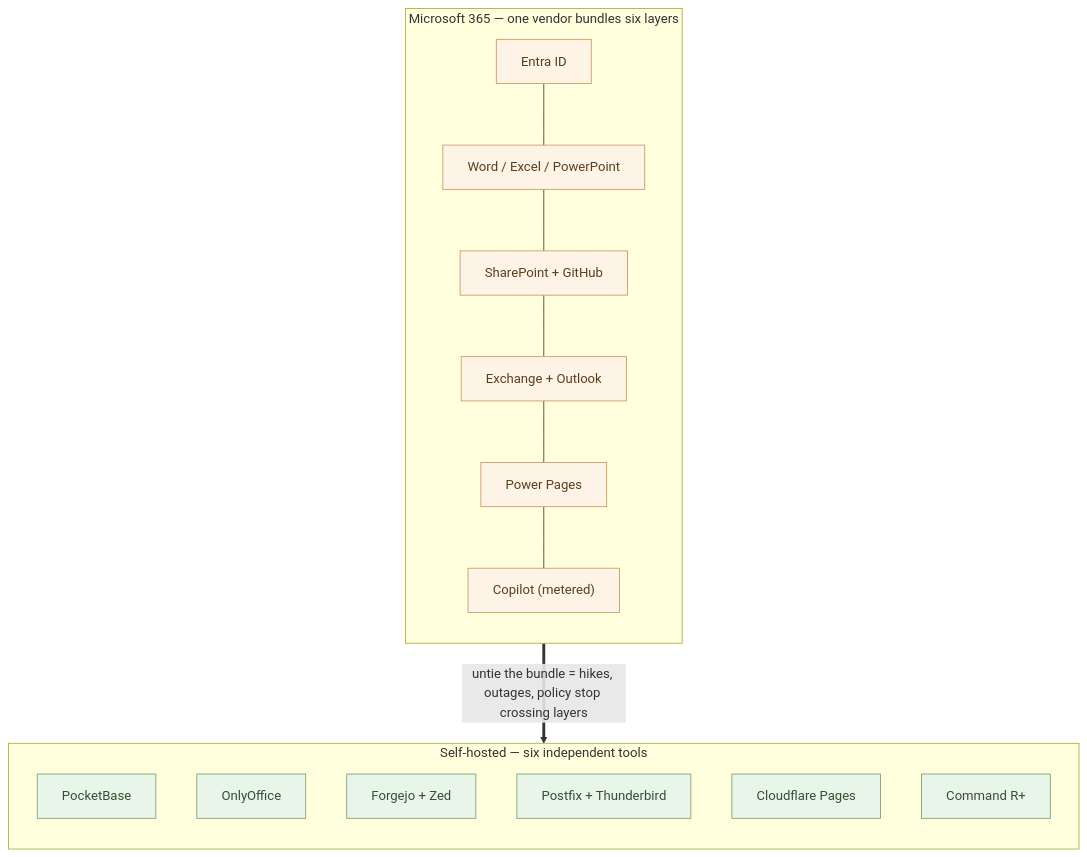
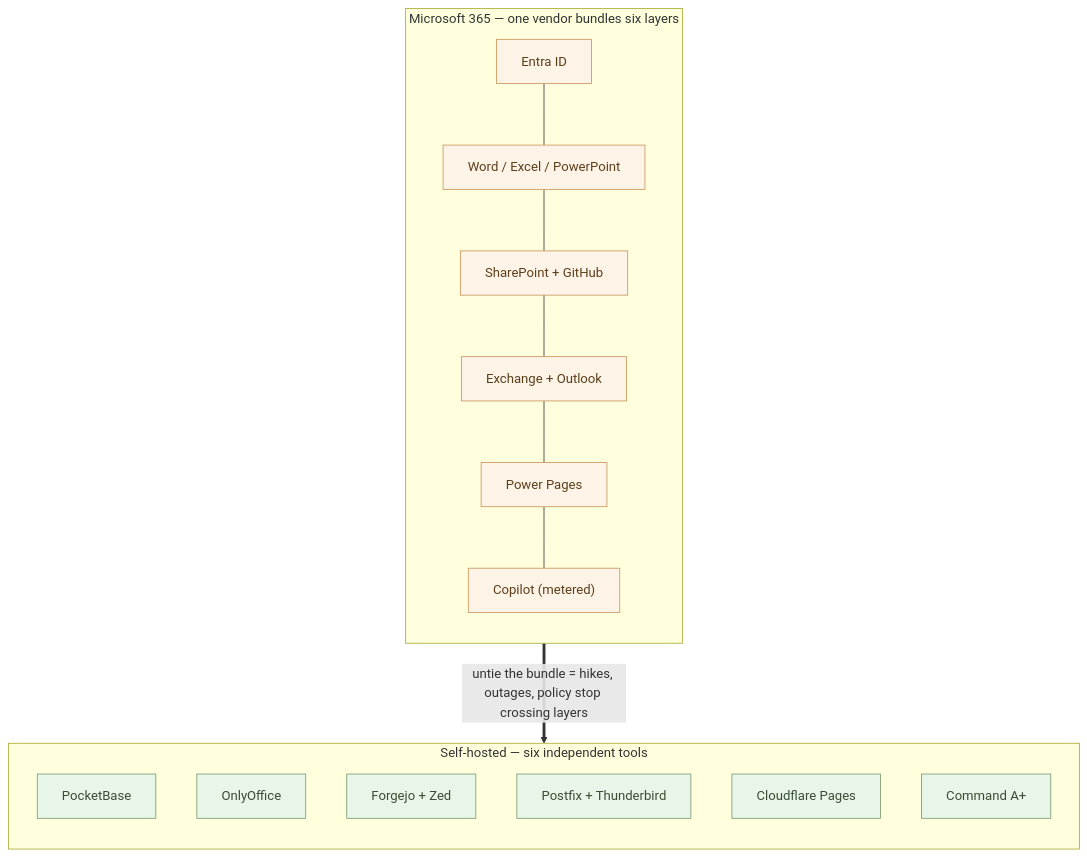
Before and after one commit to aiseed-dev/website: the first of 2 diagrams in articles/ai-native-ways/14-microsoft-365/en.md, drawn with Mermaid. The commit also changed other lines of this file and 1 other file, not shown here.

First line of the commit message:
ai-native-ways 第14章: AI層を Command A+(Apache 2.0)に更新

````diff
--- a/articles/ai-native-ways/14-microsoft-365/en.md
+++ b/articles/ai-native-ways/14-microsoft-365/en.md
@@ -70,30 +70,30 @@
 ```mermaid
 flowchart TB
   subgraph Bundle["Microsoft 365 — one vendor bundles six layers"]
     direction TB
     E1["Entra ID"]
     O1["Word / Excel / PowerPoint"]
     S1["SharePoint + GitHub"]
     X1["Exchange + Outlook"]
     P1["Power Pages"]
     C1["Copilot (metered)"]
     E1 --- O1 --- S1 --- X1 --- P1 --- C1
   end
 
   subgraph Unbundled["Self-hosted — six independent tools"]
     direction TB
     E2["PocketBase"]
     O2["OnlyOffice"]
     S2["Forgejo + Zed"]
     X2["Postfix + Thunderbird"]
     P2["Cloudflare Pages"]
-    C2["Command R+"]
+    C2["Command A+"]
   end
 
   Bundle ==>|untie the bundle = hikes, outages, policy stop crossing layers| Unbundled
 
   classDef bad fill:#fef3e7,stroke:#c89559,color:#5a3f1a
   classDef good fill:#e8f5e9,stroke:#7a9a6d,color:#3a4d34
   class E1,O1,S1,X1,P1,C1 bad
   class E2,O2,S2,X2,P2,C2 good
 ```
````
